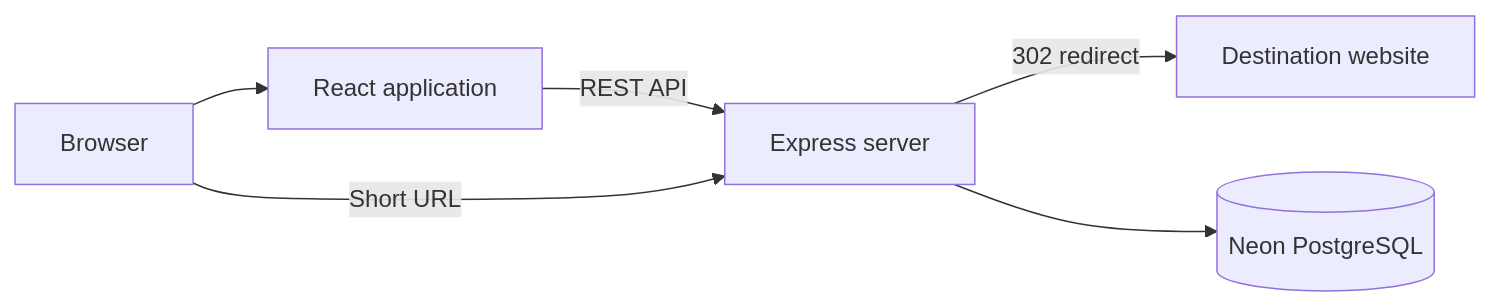
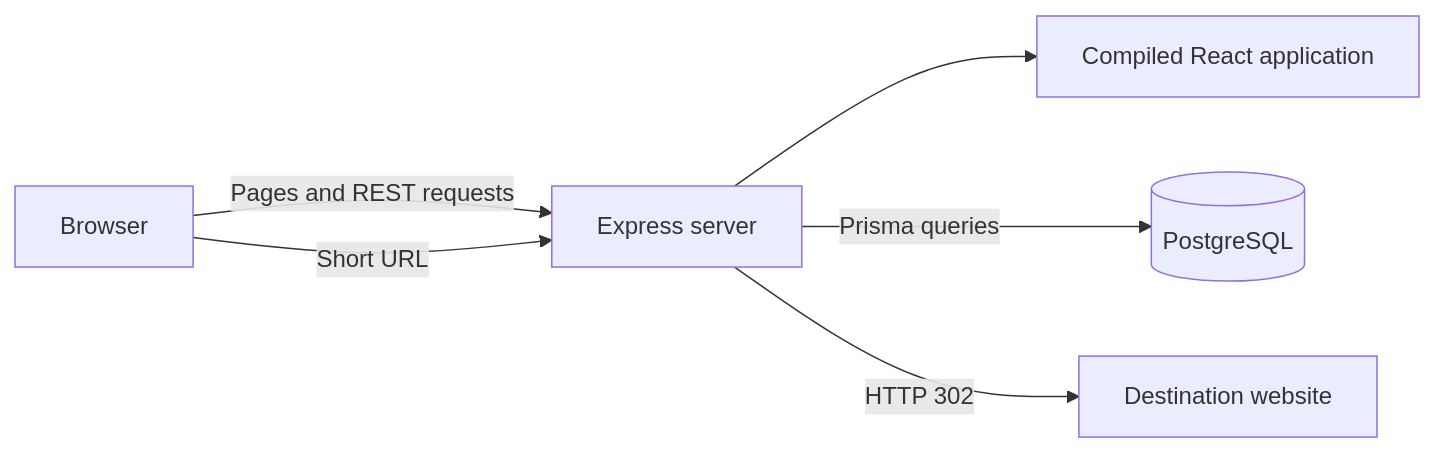
Before and after one commit to Sahana05S/URL_Shortener: the diagram in README.md, drawn with Mermaid. The commit also changed other lines of this file, not shown here.

````diff
--- a/README.md
+++ b/README.md
@@ -70,8 +107,8 @@
 ```mermaid
 flowchart LR
-  Browser --> React[React application]
-  React -->|REST API| Express[Express server]
+  Browser -->|Pages and REST requests| Express[Express server]
+  Express --> React[Compiled React application]
+  Express -->|Prisma queries| Postgres[(PostgreSQL)]
   Browser -->|Short URL| Express
-  Express -->|302 redirect| Destination[Destination website]
-  Express --> Postgres[(Neon PostgreSQL)]
+  Express -->|HTTP 302| Destination[Destination website]
 ```
````
